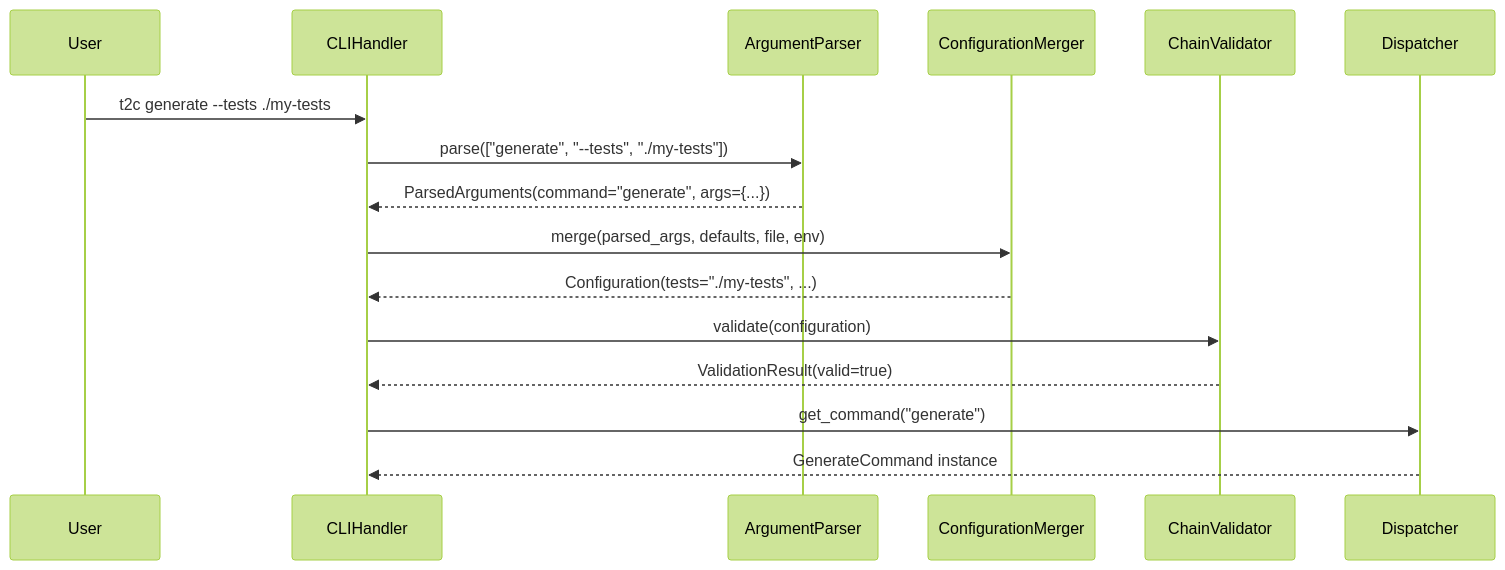
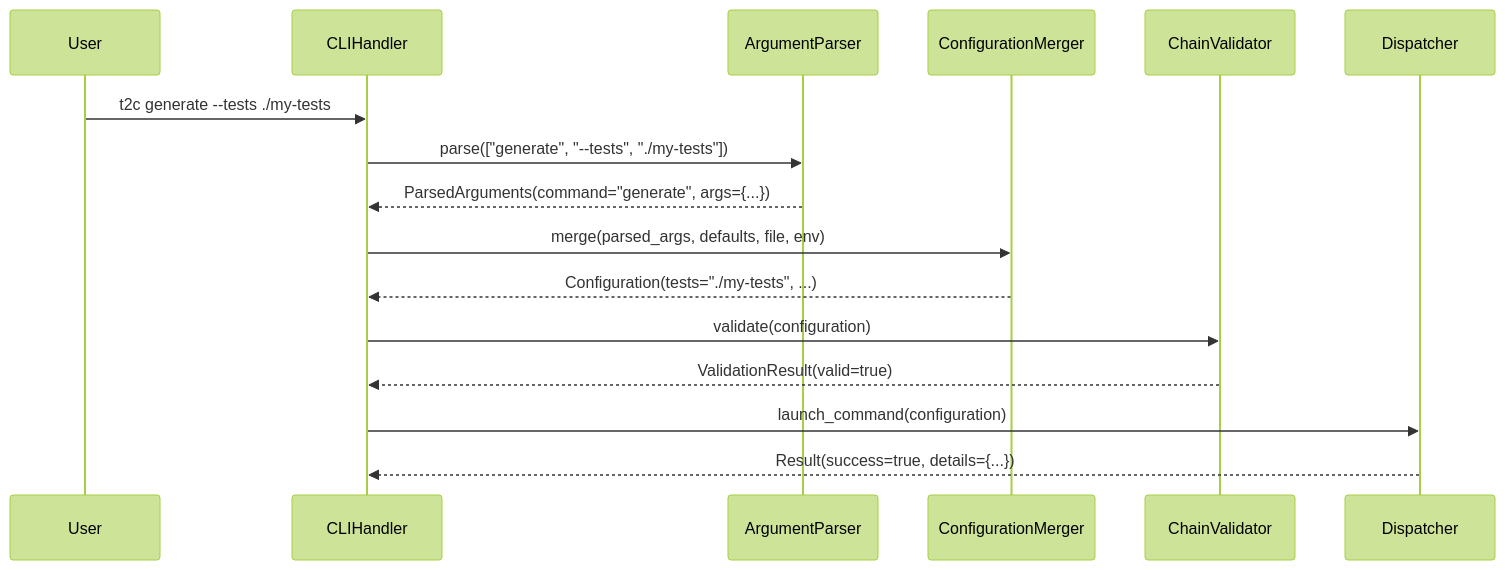
The third of 4 diagrams in docs/design.md (FilippoGurioli/test-2-code-llm), drawn with Mermaid (forest theme) before and after one commit. The commit also changed other lines of this file, not shown here.

Commit message:
docs: unite cli handler class diagram into a single diagram

````diff
--- a/docs/design.md
+++ b/docs/design.md
@@ -113,22 +108,22 @@
 ```mermaid
 sequenceDiagram
     participant User
     participant CLIHandler
     participant ArgumentParser
     participant ConfigurationMerger
     participant ChainValidator
     participant Dispatcher
 
     User->>CLIHandler: t2c generate --tests ./my-tests
     CLIHandler->>ArgumentParser: parse(["generate", "--tests", "./my-tests"])
     ArgumentParser-->>CLIHandler: ParsedArguments(command="generate", args={...})
     
     CLIHandler->>ConfigurationMerger: merge(parsed_args, defaults, file, env)
     ConfigurationMerger-->>CLIHandler: Configuration(tests="./my-tests", ...)
     
     CLIHandler->>ChainValidator: validate(configuration)
     ChainValidator-->>CLIHandler: ValidationResult(valid=true)
     
-    CLIHandler->>Dispatcher: get_command("generate")
-    Dispatcher-->>CLIHandler: GenerateCommand instance
+    CLIHandler->>Dispatcher: launch_command(configuration)
+    Dispatcher-->>CLIHandler: Result(success=true, details={...})
 ```
````
